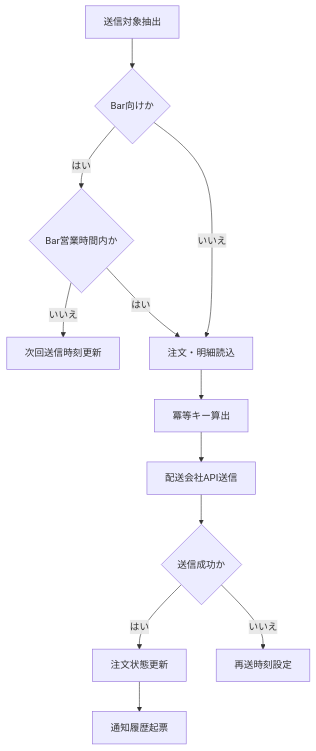
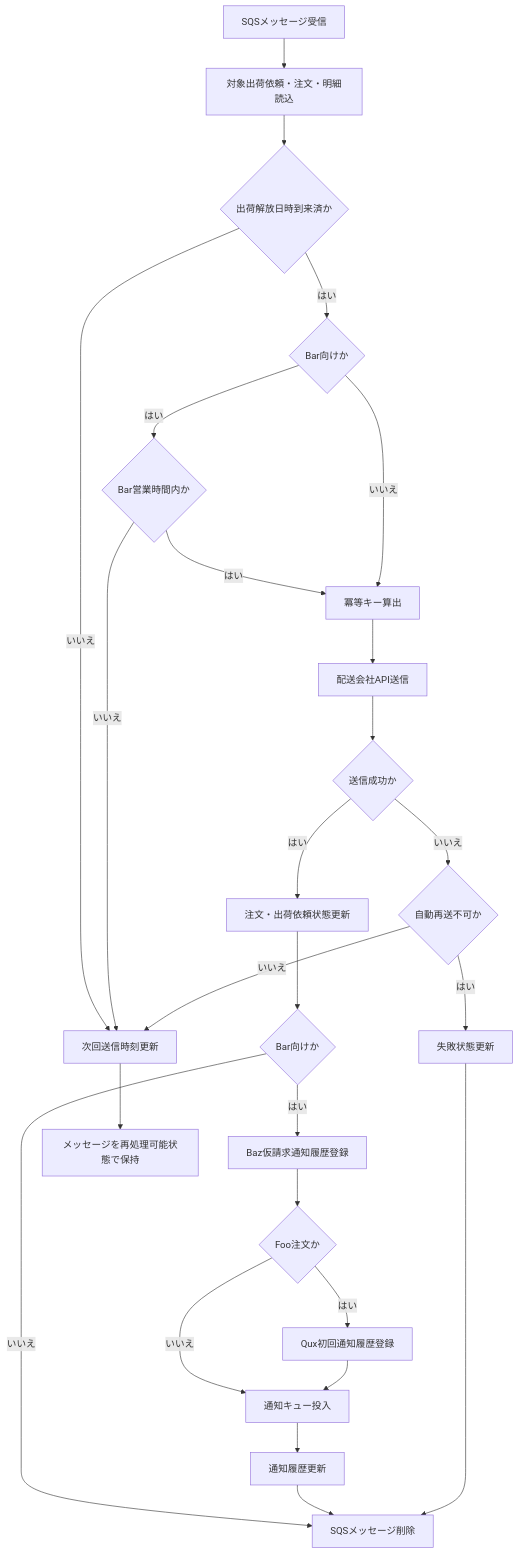
Before and after one commit to CalorieMateEater/training-project-logistics-company: the diagram in docs/自社内部設計/業務設計/メソッド設計書/MTD-002_配送会社連携メソッド設計書.md, drawn with Mermaid. The commit also changed other lines of this file and 66 other files, not shown here.

````diff
--- a/docs/自社内部設計/業務設計/メソッド設計書/MTD-002_配送会社連携メソッド設計書.md
+++ b/docs/自社内部設計/業務設計/メソッド設計書/MTD-002_配送会社連携メソッド設計書.md
@@ -43,14 +49,28 @@
 ```mermaid
 flowchart TD
-    A[送信対象抽出] --> B{Bar向けか}
-    B -- はい --> C{Bar営業時間内か}
+    A[SQSメッセージ受信] --> B[対象出荷依頼・注文・明細読込]
+    B --> C{出荷解放日時到来済か}
     C -- いいえ --> D[次回送信時刻更新]
-    C -- はい --> E[注文・明細読込]
-    B -- いいえ --> E
-    E --> F[冪等キー算出]
-    F --> G[配送会社API送信]
-    G --> H{送信成功か}
-    H -- はい --> I[注文状態更新]
-    I --> J[通知履歴起票]
-    H -- いいえ --> K[再送時刻設定]
+    C -- はい --> E{Bar向けか}
+    E -- はい --> F{Bar営業時間内か}
+    F -- いいえ --> D
+    F -- はい --> G[冪等キー算出]
+    E -- いいえ --> G
+    G --> H[配送会社API送信]
+    H --> I{送信成功か}
+    I -- はい --> J[注文・出荷依頼状態更新]
+    J --> K{Bar向けか}
+    K -- はい --> L[Baz仮請求通知履歴登録]
+    L --> S{Foo注文か}
+    S -- はい --> T[Qux初回通知履歴登録]
+    S -- いいえ --> M[通知キュー投入]
+    T --> M
+    M --> N[通知履歴更新]
+    K -- いいえ --> O[SQSメッセージ削除]
+    N --> O
+    I -- いいえ --> Q{自動再送不可か}
+    Q -- はい --> P[失敗状態更新]
+    P --> O
+    Q -- いいえ --> D
+    D --> R[メッセージを再処理可能状態で保持]
 ```
````
